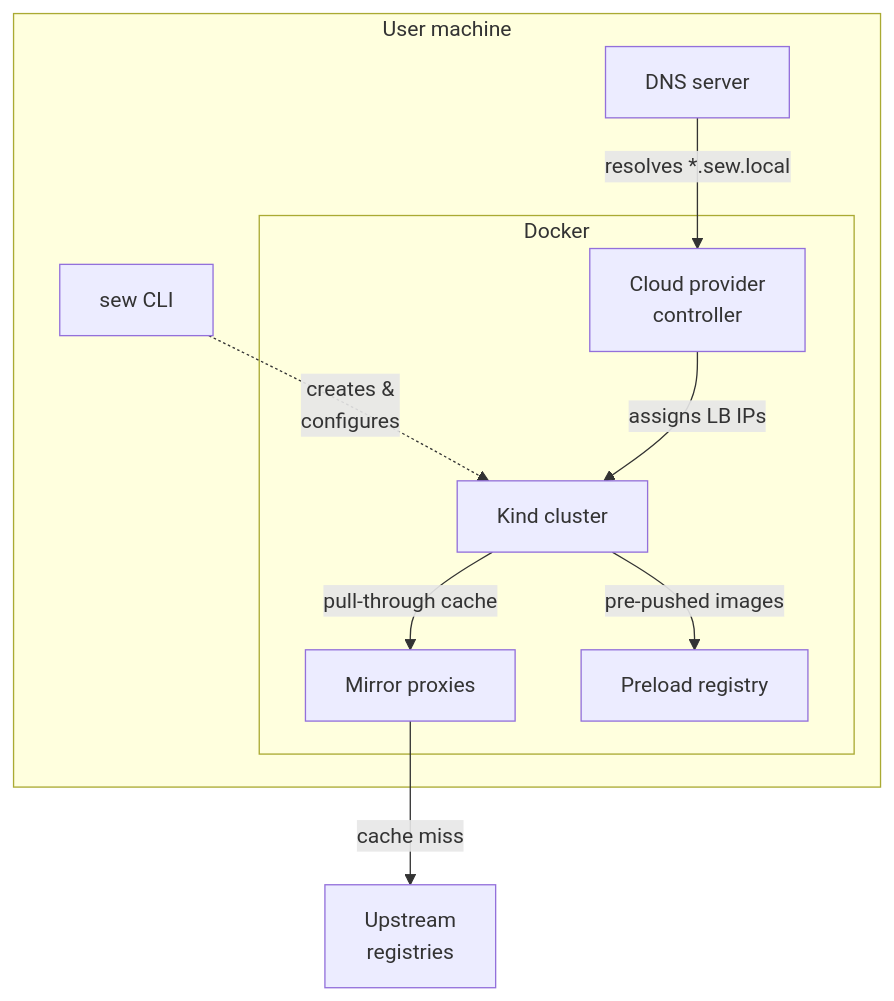
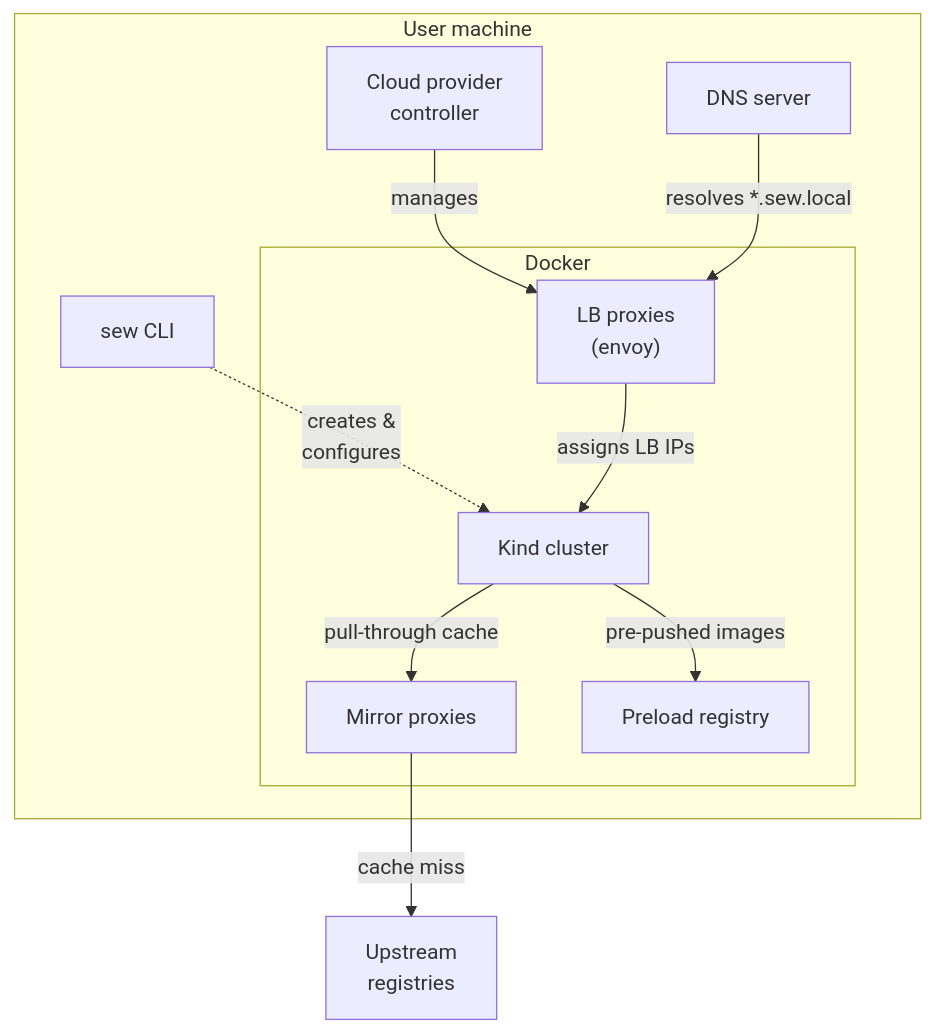
The first of 3 diagrams in site/content/docs/reference/architecture.md (a-cordier/sew), drawn with Mermaid before and after one commit. The commit also changed other lines of this file, not shown here.

Commit message:
docs: get context composition arch diagram right

````diff
--- a/site/content/docs/reference/architecture.md
+++ b/site/content/docs/reference/architecture.md
@@ -13,24 +13,26 @@
 ```mermaid
 flowchart TD
     subgraph machine ["User machine"]
         sew["sew CLI"]
         dns["DNS server"]
+        cpk["Cloud provider\ncontroller"]
 
         subgraph docker ["Docker"]
             kind["Kind cluster"]
             mirrors["Mirror proxies"]
             preload["Preload registry"]
-            cpk["Cloud provider\ncontroller"]
+            lbs["LB proxies\n(envoy)"]
         end
     end
 
     upstream["Upstream\nregistries"]
 
     sew -. "creates &\nconfigures" .-> kind
 
     kind -- "pull-through cache" --> mirrors -- "cache miss" --> upstream
     kind -- "pre-pushed images" --> preload
 
-    cpk -- "assigns LB IPs" --> kind
-    dns -- "resolves *.sew.local" --> cpk
+    cpk -- "manages" --> lbs
+    lbs -- "assigns LB IPs" --> kind
+    dns -- "resolves *.sew.local" --> lbs
 ```
````
